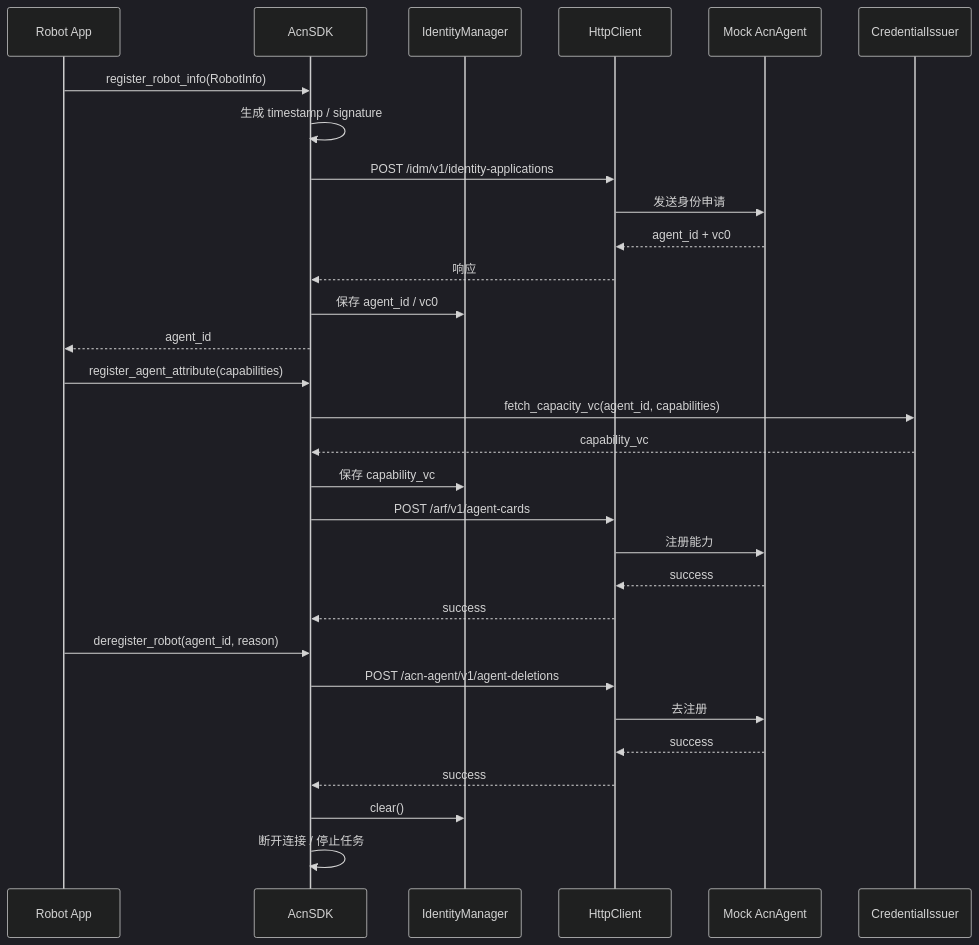
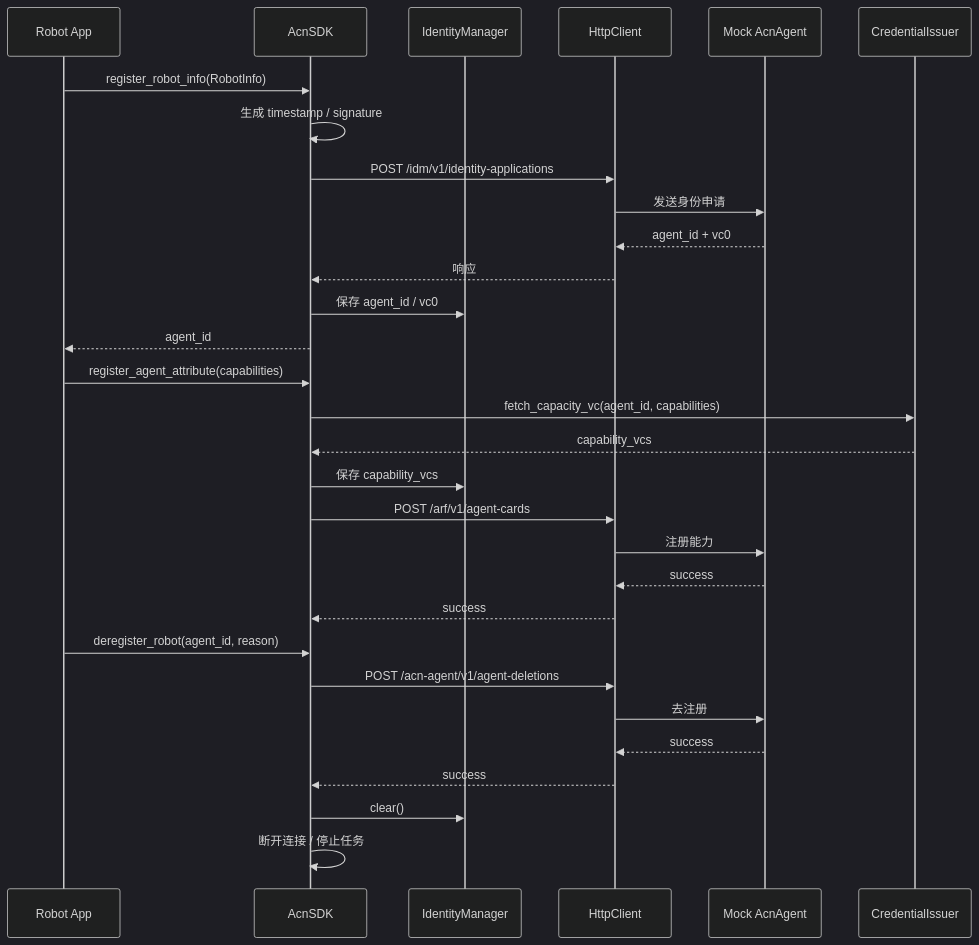
Before and after one commit to acore2026/acn_sdk: the first of 2 diagrams in docs/ARCHITECTURE.md, drawn with Mermaid (dark theme). The commit also changed other lines of this file and 20 other files, not shown here.

````diff
--- a/docs/ARCHITECTURE.md
+++ b/docs/ARCHITECTURE.md
@@ -36,35 +37,35 @@
 ```mermaid
 sequenceDiagram
     participant Robot as Robot App
     participant SDK as AcnSDK
     participant ID as IdentityManager
     participant HTTP as HttpClient
     participant Agent as Mock AcnAgent
     participant Issuer as CredentialIssuer
 
     Robot->>SDK: register_robot_info(RobotInfo)
     SDK->>SDK: 生成 timestamp / signature
     SDK->>HTTP: POST /idm/v1/identity-applications
     HTTP->>Agent: 发送身份申请
     Agent-->>HTTP: agent_id + vc0
     HTTP-->>SDK: 响应
     SDK->>ID: 保存 agent_id / vc0
     SDK-->>Robot: agent_id
 
     Robot->>SDK: register_agent_attribute(capabilities)
     SDK->>Issuer: fetch_capacity_vc(agent_id, capabilities)
-    Issuer-->>SDK: capability_vc
-    SDK->>ID: 保存 capability_vc
+    Issuer-->>SDK: capability_vcs
+    SDK->>ID: 保存 capability_vcs
     SDK->>HTTP: POST /arf/v1/agent-cards
     HTTP->>Agent: 注册能力
     Agent-->>HTTP: success
     HTTP-->>SDK: success
 
     Robot->>SDK: deregister_robot(agent_id, reason)
     SDK->>HTTP: POST /acn-agent/v1/agent-deletions
     HTTP->>Agent: 去注册
     Agent-->>HTTP: success
     HTTP-->>SDK: success
     SDK->>ID: clear()
     SDK->>SDK: 断开连接 / 停止任务
 ```
````
